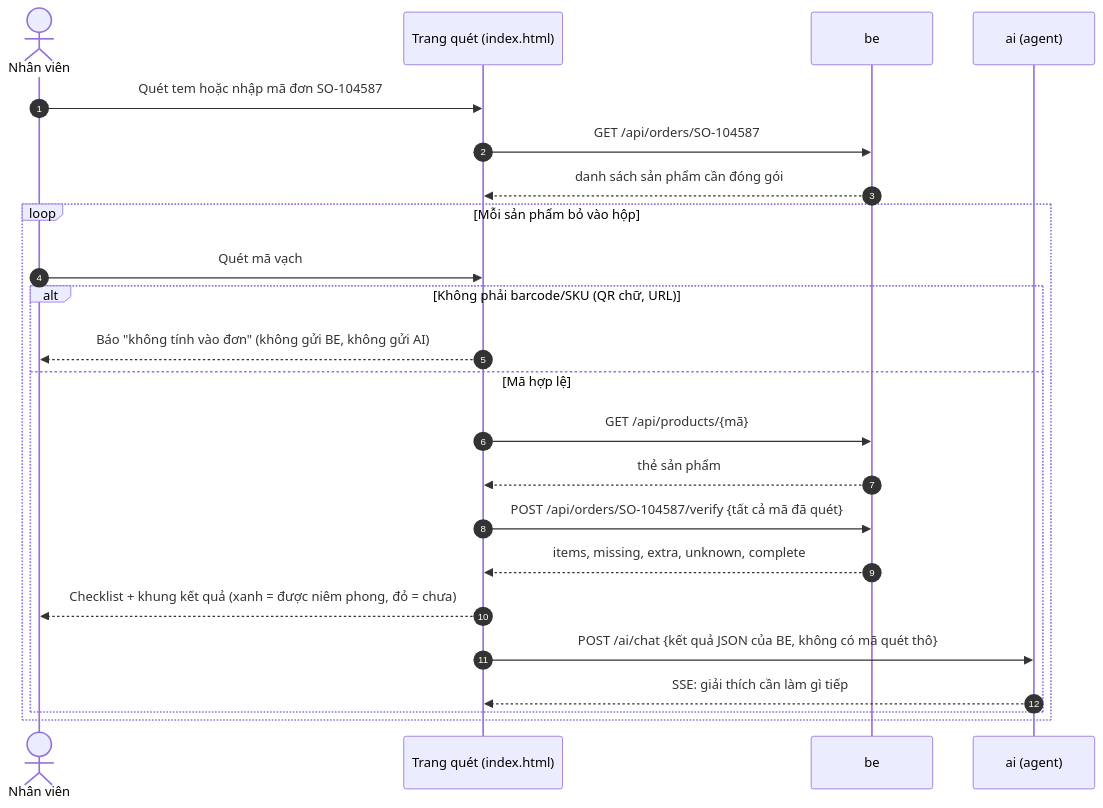
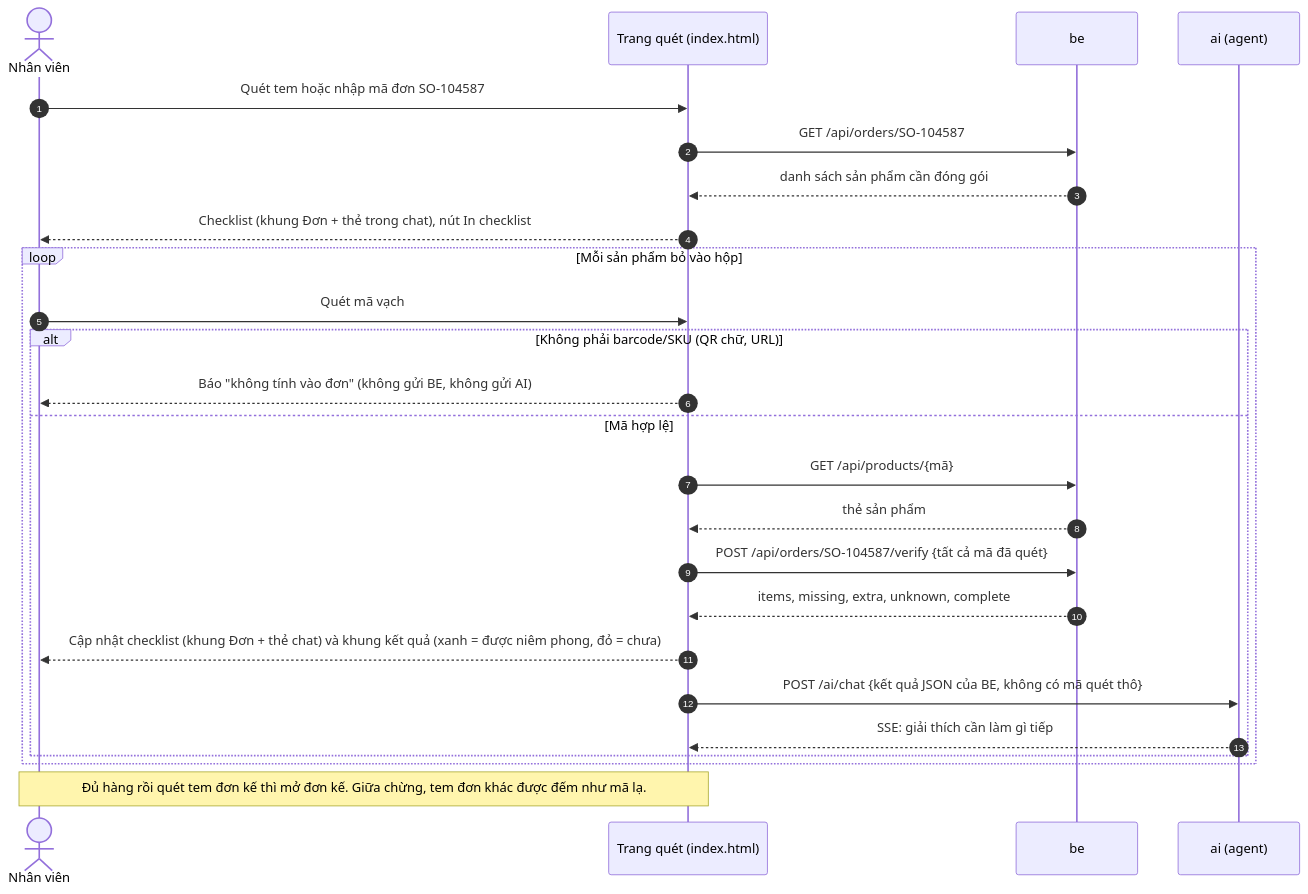
Before and after one commit to vu-wspace/barcode_chatbot: the second of 5 diagrams in README.md, drawn with Mermaid. The commit also changed other lines of this file, not shown here.

````diff
--- a/README.md
+++ b/README.md
@@ -83,26 +91,28 @@
 ```mermaid
 sequenceDiagram
     autonumber
     actor NV as Nhân viên
     participant FE as Trang quét (index.html)
     participant BE as be
     participant AI as ai (agent)
 
     NV->>FE: Quét tem hoặc nhập mã đơn SO-104587
     FE->>BE: GET /api/orders/SO-104587
     BE-->>FE: danh sách sản phẩm cần đóng gói
+    FE-->>NV: Checklist (khung Đơn + thẻ trong chat), nút In checklist
     loop Mỗi sản phẩm bỏ vào hộp
         NV->>FE: Quét mã vạch
         alt Không phải barcode/SKU (QR chữ, URL)
             FE-->>NV: Báo "không tính vào đơn" (không gửi BE, không gửi AI)
         else Mã hợp lệ
             FE->>BE: GET /api/products/{mã}
             BE-->>FE: thẻ sản phẩm
             FE->>BE: POST /api/orders/SO-104587/verify {tất cả mã đã quét}
             BE-->>FE: items, missing, extra, unknown, complete
-            FE-->>NV: Checklist + khung kết quả (xanh = được niêm phong, đỏ = chưa)
+            FE-->>NV: Cập nhật checklist (khung Đơn + thẻ chat) và khung kết quả (xanh = được niêm phong, đỏ = chưa)
             FE->>AI: POST /ai/chat {kết quả JSON của BE, không có mã quét thô}
             AI-->>FE: SSE: giải thích cần làm gì tiếp
         end
     end
+    Note over NV,FE: Đủ hàng rồi quét tem đơn kế thì mở đơn kế. Giữa chừng, tem đơn khác được đếm như mã lạ.
 ```
````
